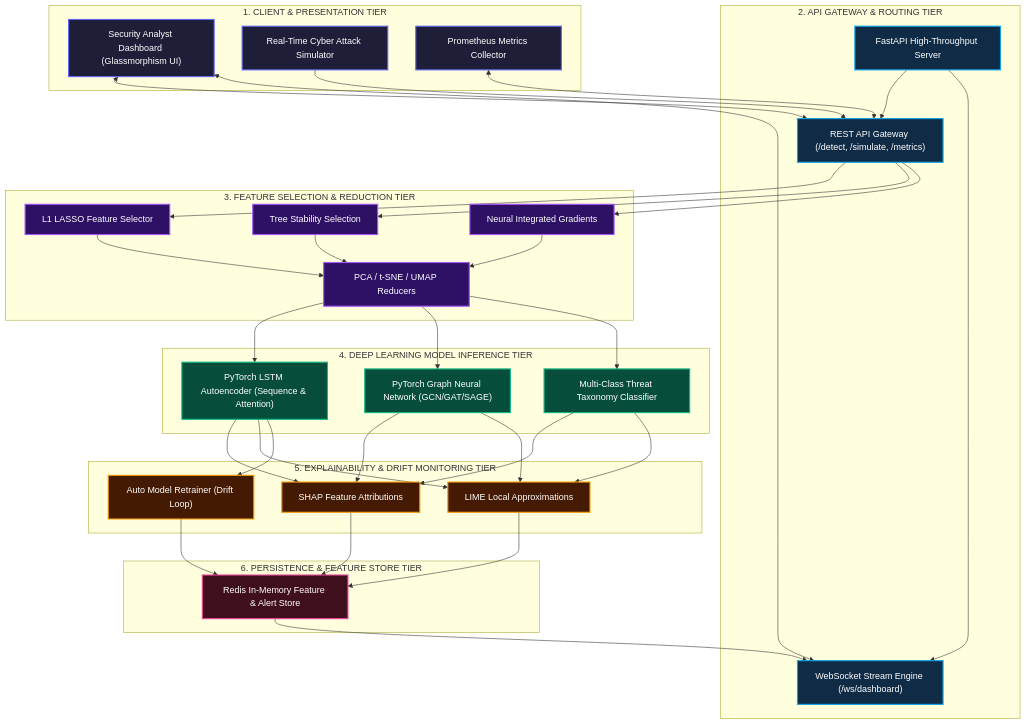
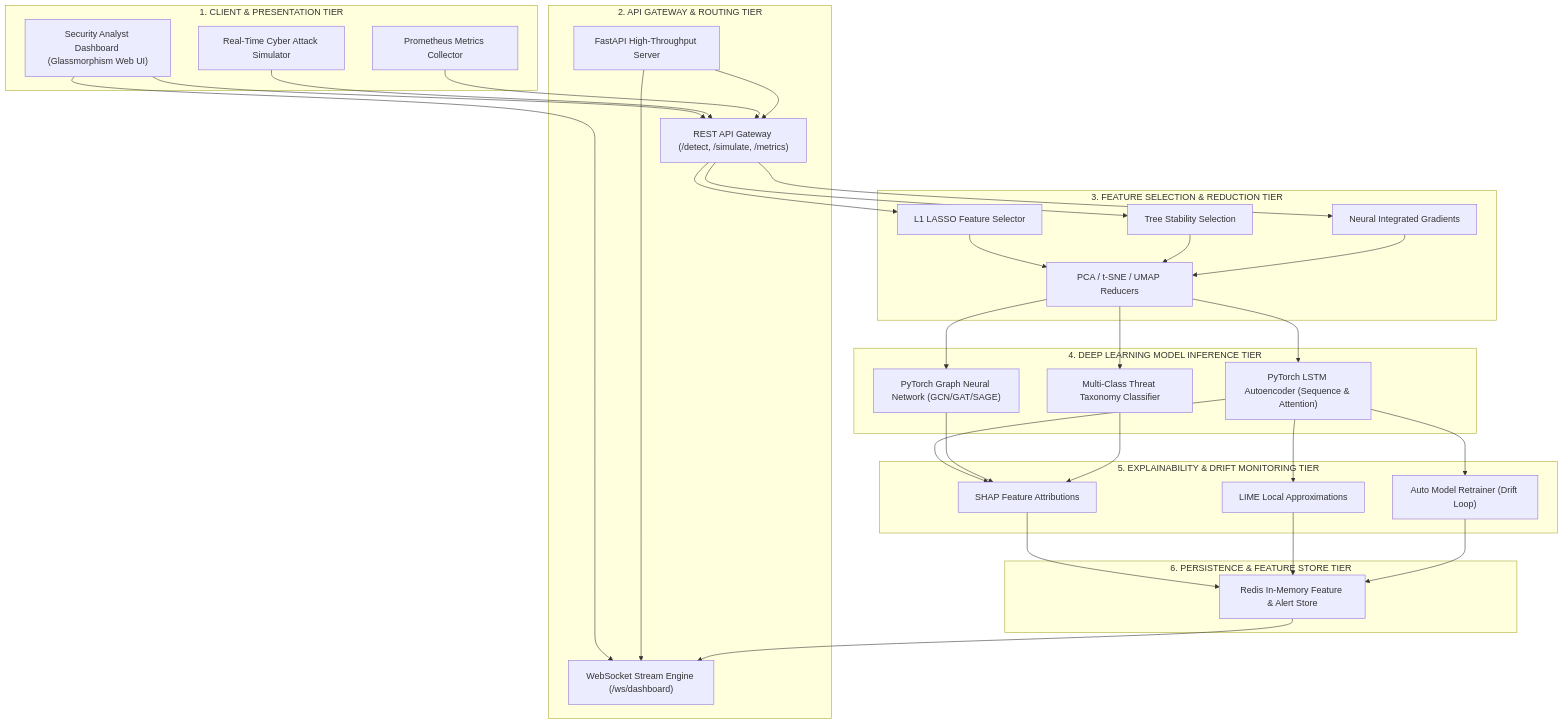
Before and after one commit to gaur-avvv/Al-Powered-Behavioral-Anomaly-Detection: the diagram in README.md, drawn with Mermaid. The commit also changed other lines of this file, not shown here.

Commit message:
fix: resolve Mermaid rendering issue by simplifying node syntax and adding high-contrast ASCII diagram fallback

````diff
--- a/README.md
+++ b/README.md
@@ -85,71 +85,68 @@
 ```mermaid
-flowchart TB
-    classDef client fill:#1e1e38,stroke:#6366f1,stroke-width:2px,color:#ffffff;
-    classDef api fill:#0f2b46,stroke:#0ea5e9,stroke-width:2px,color:#ffffff;
-    classDef feature fill:#2e1065,stroke:#a855f7,stroke-width:2px,color:#ffffff;
-    classDef model fill:#064e3b,stroke:#10b981,stroke-width:2px,color:#ffffff;
-    classDef explain fill:#451a03,stroke:#f59e0b,stroke-width:2px,color:#ffffff;
-    classDef store fill:#3f0f1d,stroke:#ec4899,stroke-width:2px,color:#ffffff;
-
+graph TD
     subgraph Tier1["1. CLIENT & PRESENTATION TIER"]
-        UI["Security Analyst Dashboard (Glassmorphism UI)"]
+        UI["Security Analyst Dashboard (Glassmorphism Web UI)"]
         Sim["Real-Time Cyber Attack Simulator"]
         MetricsUI["Prometheus Metrics Collector"]
     end
 
     subgraph Tier2["2. API GATEWAY & ROUTING TIER"]
         FastAPI["FastAPI High-Throughput Server"]
         REST["REST API Gateway (/detect, /simulate, /metrics)"]
         WS["WebSocket Stream Engine (/ws/dashboard)"]
     end
 
     subgraph Tier3["3. FEATURE SELECTION & REDUCTION TIER"]
         L1["L1 LASSO Feature Selector"]
         TreeSel["Tree Stability Selection"]
         IG["Neural Integrated Gradients"]
         DimRed["PCA / t-SNE / UMAP Reducers"]
     end
 
     subgraph Tier4["4. DEEP LEARNING MODEL INFERENCE TIER"]
         LSTM["PyTorch LSTM Autoencoder (Sequence & Attention)"]
         GNN["PyTorch Graph Neural Network (GCN/GAT/SAGE)"]
         Classifier["Multi-Class Threat Taxonomy Classifier"]
     end
 
     subgraph Tier5["5. EXPLAINABILITY & DRIFT MONITORING TIER"]
         SHAP["SHAP Feature Attributions"]
         LIME["LIME Local Approximations"]
         Retrainer["Auto Model Retrainer (Drift Loop)"]
     end
 
     subgraph Tier6["6. PERSISTENCE & FEATURE STORE TIER"]
         Redis["Redis In-Memory Feature & Alert Store"]
     end
 
-    UI <--> REST
-    UI <--> WS
+    UI --> REST
+    UI --> WS
     Sim --> REST
-    MetricsUI <--> REST
+    MetricsUI --> REST
 
     FastAPI --> REST
     FastAPI --> WS
 
-    REST --> L1 & TreeSel & IG
-    L1 & TreeSel & IG --> DimRed
+    REST --> L1
+    REST --> TreeSel
+    REST --> IG
 
-    DimRed --> LSTM & GNN & Classifier
+    L1 --> DimRed
+    TreeSel --> DimRed
+    IG --> DimRed
 
-    LSTM & GNN & Classifier --> SHAP & LIME
+    DimRed --> LSTM
+    DimRed --> GNN
+    DimRed --> Classifier
+
+    LSTM --> SHAP
+    LSTM --> LIME
+    GNN --> SHAP
+    Classifier --> SHAP
     LSTM --> Retrainer
 
-    SHAP & LIME --> Redis
+    SHAP --> Redis
+    LIME --> Redis
     Retrainer --> Redis
     Redis --> WS
-
-    class UI,Sim,MetricsUI client;
-    class FastAPI,REST,WS api;
-    class L1,TreeSel,IG,DimRed feature;
-    class LSTM,GNN,Classifier model;
-    class SHAP,LIME,Retrainer explain;
-    class Redis store;
 ```
````
